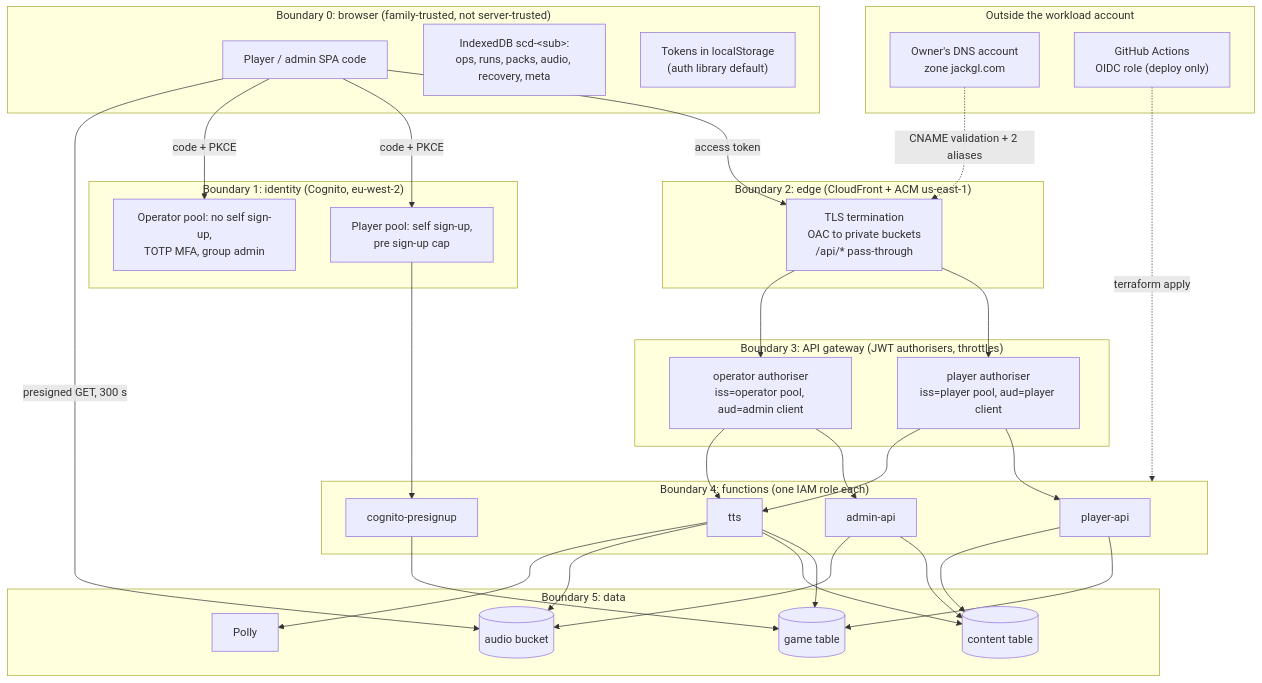
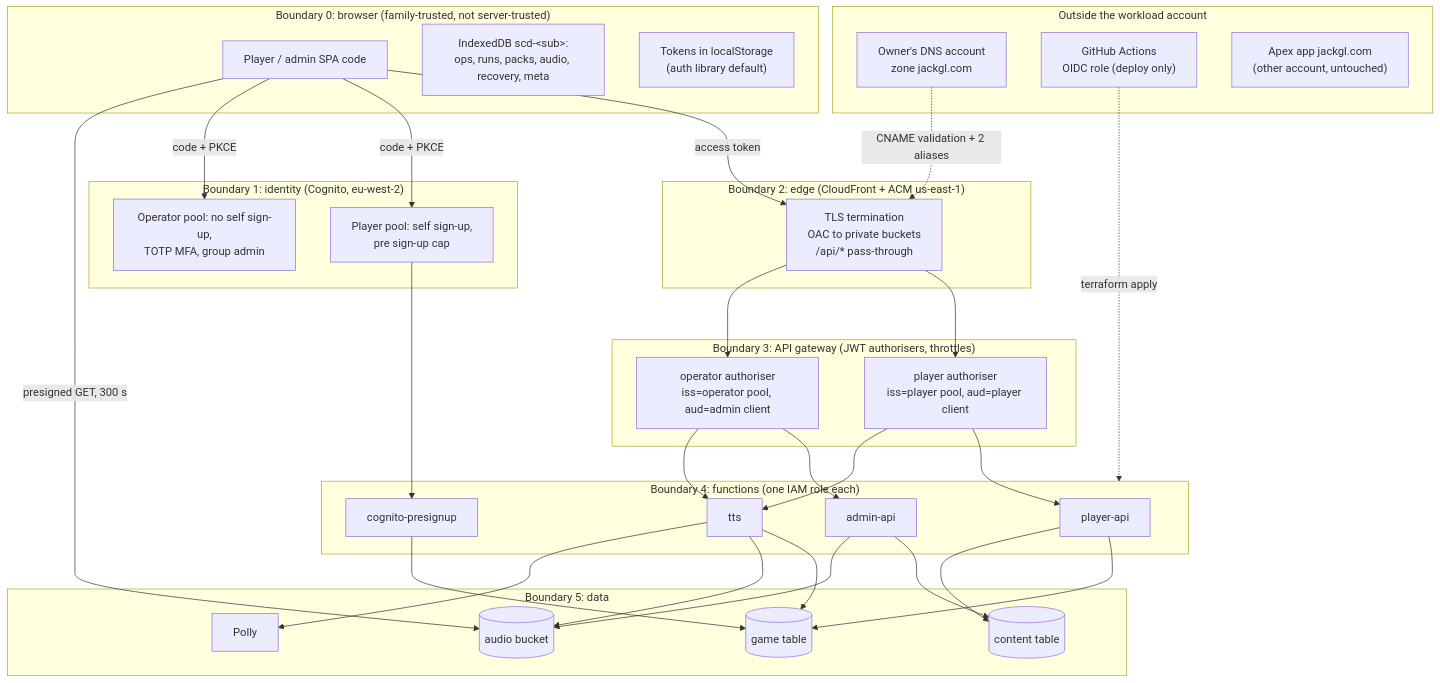
One commit to jacklavelle286/space-tower-defence changed the second of 6 diagrams in docs/plan/E-architecture.md. Above: the diagram before and after it, drawn with Mermaid. The commit also changed other lines of this file and 6 other files, not shown here.

````diff
--- a/docs/plan/E-architecture.md
+++ b/docs/plan/E-architecture.md
@@ -196,64 +205,64 @@
 ```mermaid
 flowchart TB
   subgraph TB0["Boundary 0: browser (family-trusted, not server-trusted)"]
     B1["Player / admin SPA code"]
     B2["IndexedDB scd-&lt;sub&gt;:<br/>ops, runs, packs, audio, recovery, meta"]
     B3["Tokens in localStorage<br/>(auth library default)"]
   end
 
   subgraph TB1["Boundary 1: identity (Cognito, eu-west-2)"]
     C1["Player pool: self sign-up,<br/>pre sign-up cap"]
     C2["Operator pool: no self sign-up,<br/>TOTP MFA, group admin"]
   end
 
   subgraph TB2["Boundary 2: edge (CloudFront + ACM us-east-1)"]
     E1["TLS termination<br/>OAC to private buckets<br/>/api/* pass-through"]
   end
 
   subgraph TB3["Boundary 3: API gateway (JWT authorisers, throttles)"]
     G1["player authoriser<br/>iss=player pool, aud=player client"]
     G2["operator authoriser<br/>iss=operator pool, aud=admin client"]
   end
 
   subgraph TB4["Boundary 4: functions (one IAM role each)"]
     F1["player-api"]
     F2["admin-api"]
     F3["tts"]
     F4["cognito-presignup"]
   end
 
   subgraph TB5["Boundary 5: data"]
     D1[("game table")]
     D2[("content table")]
     D3[("audio bucket")]
     D4["Polly"]
   end
 
   subgraph EXT["Outside the workload account"]
     X1["Owner's DNS account<br/>zone jackgl.com"]
     X2["GitHub Actions<br/>OIDC role (deploy only)"]
+    X3["Apex app jackgl.com<br/>(other account, untouched)"]
   end
 
   B1 -->|"access token"| E1
   E1 --> G1
   E1 --> G2
   B1 -->|"code + PKCE"| C1
   B1 -->|"code + PKCE"| C2
   G1 --> F1
   G1 --> F3
   G2 --> F2
   G2 --> F3
   C1 --> F4
   F1 --> D1
   F1 --> D2
   F2 --> D2
   F2 --> D3
   F3 --> D1
-  F3 --> D2
   F3 --> D3
   F3 --> D4
   F4 --> D1
   B1 -->|"presigned GET, 300 s"| D3
   X1 -.->|"CNAME validation + 2 aliases"| E1
   X2 -.->|"terraform apply"| TB4
 ```
````
